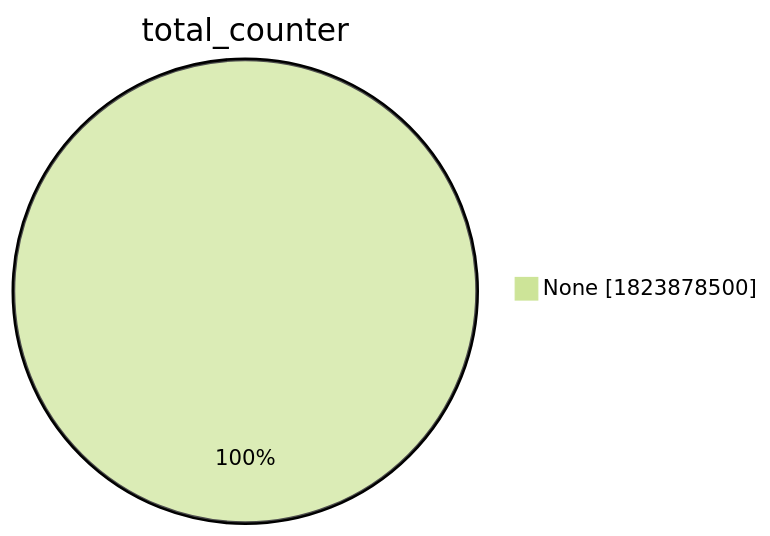
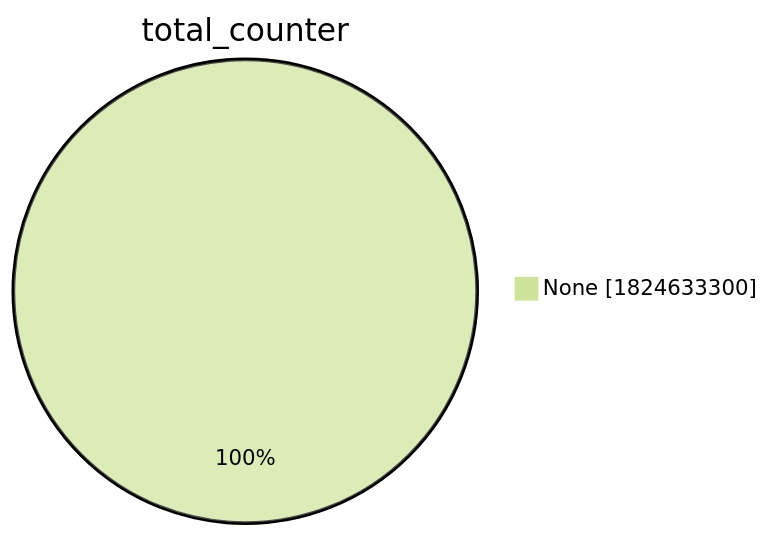
The second of 15 diagrams in xenon2022/README.md (christiankrug/ctmonitor_visualization), drawn with Mermaid (forest theme) before and after one commit. The commit also changed other lines of this file, not shown here.

````diff
--- a/xenon2022/README.md
+++ b/xenon2022/README.md
@@ -9,5 +9,5 @@
 ```mermaid
 pie showData
 title total_counter
-"None" :1823878500
+"None" :1824633300
 ```
````
